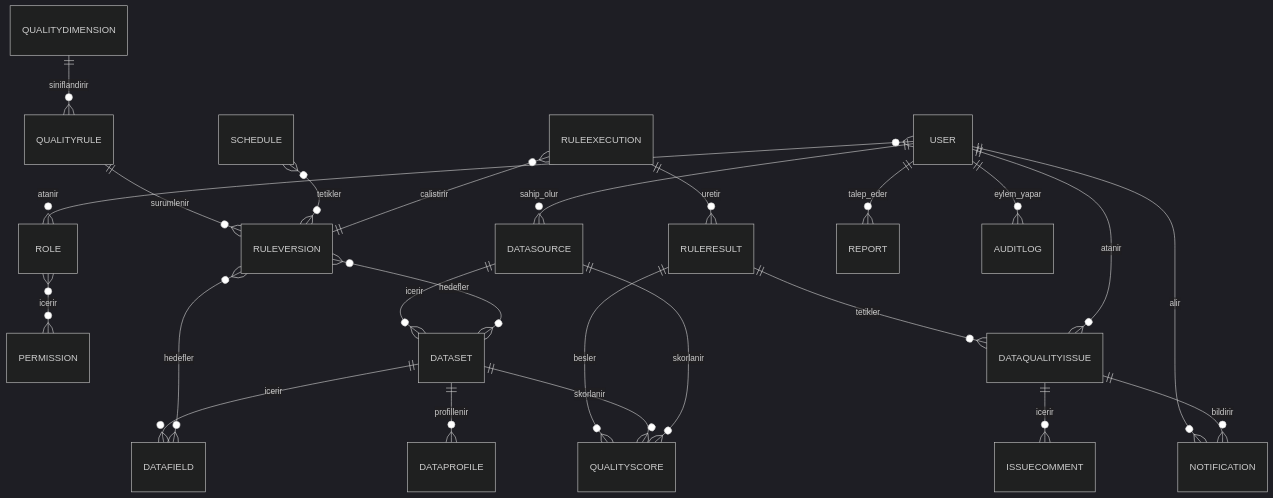
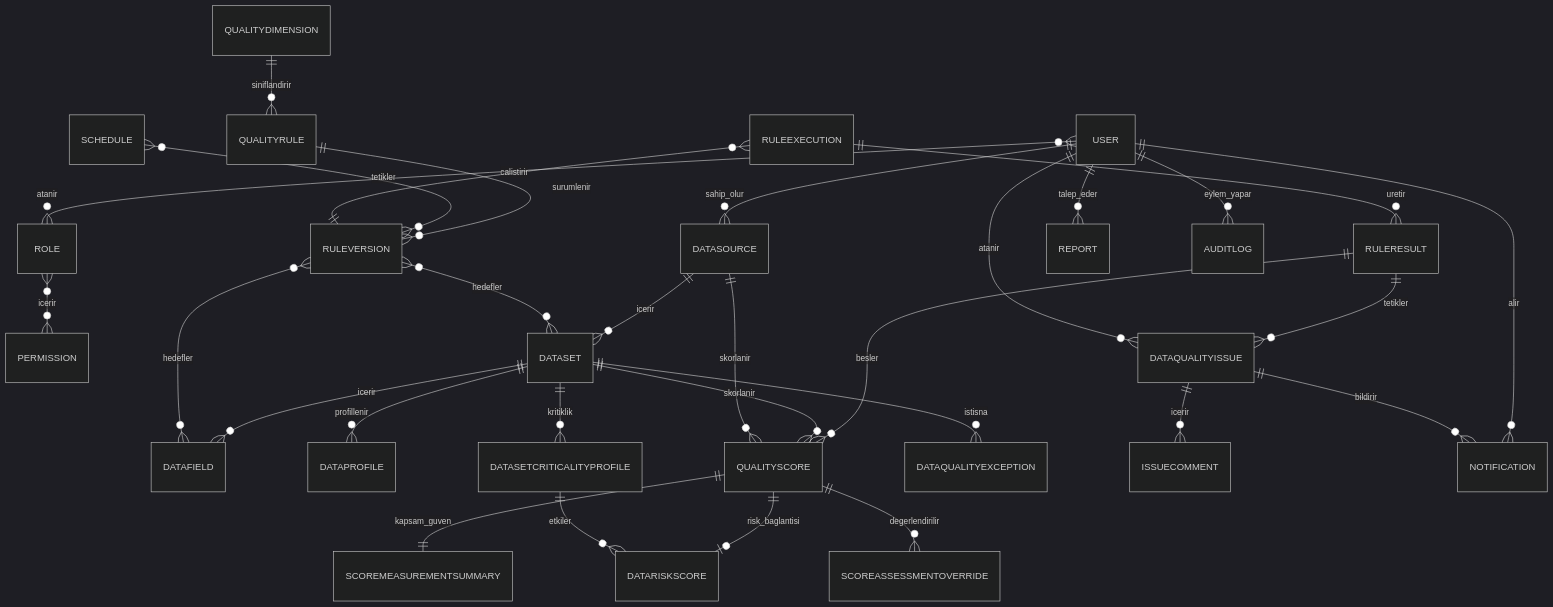
One commit to yusufipek2049/veri-kalitesi-sistemi changed the diagram in 01-SRS/07-Veri-Modeli/Veri-Modeli-Genel.md. Above: the diagram before and after it, drawn with Mermaid (dark theme). The commit also changed other lines of this file and 35 other files, not shown here.

````diff
--- a/01-SRS/07-Veri-Modeli/Veri-Modeli-Genel.md
+++ b/01-SRS/07-Veri-Modeli/Veri-Modeli-Genel.md
@@ -109,26 +115,32 @@
 ```mermaid
 erDiagram
     USER }o--o{ ROLE : atanir
     ROLE }o--o{ PERMISSION : icerir
     USER ||--o{ DATASOURCE : sahip_olur
     DATASOURCE ||--o{ DATASET : icerir
     DATASET ||--o{ DATAFIELD : icerir
     DATASET ||--o{ DATAPROFILE : profillenir
     QUALITYDIMENSION ||--o{ QUALITYRULE : siniflandirir
     QUALITYRULE ||--o{ RULEVERSION : surumlenir
     RULEVERSION }o--o{ DATASET : hedefler
     RULEVERSION }o--o{ DATAFIELD : hedefler
     SCHEDULE }o--o{ RULEVERSION : tetikler
     RULEEXECUTION }o--|| RULEVERSION : calistirir
     RULEEXECUTION ||--o{ RULERESULT : uretir
     RULERESULT ||--o{ QUALITYSCORE : besler
     DATASET ||--o{ QUALITYSCORE : skorlanir
     DATASOURCE ||--o{ QUALITYSCORE : skorlanir
+    QUALITYSCORE ||--|| SCOREMEASUREMENTSUMMARY : kapsam_guven
+    DATASET ||--o{ DATASETCRITICALITYPROFILE : kritiklik
+    QUALITYSCORE ||--o| DATARISKSCORE : risk_baglantisi
+    DATASETCRITICALITYPROFILE ||--o{ DATARISKSCORE : etkiler
+    QUALITYSCORE ||--o{ SCOREASSESSMENTOVERRIDE : degerlendirilir
+    DATASET ||--o{ DATAQUALITYEXCEPTION : istisna
     RULERESULT ||--o{ DATAQUALITYISSUE : tetikler
     DATAQUALITYISSUE ||--o{ ISSUECOMMENT : icerir
     USER ||--o{ DATAQUALITYISSUE : atanir
     USER ||--o{ NOTIFICATION : alir
     DATAQUALITYISSUE ||--o{ NOTIFICATION : bildirir
     USER ||--o{ REPORT : talep_eder
     USER ||--o{ AUDITLOG : eylem_yapar
 ```
````
